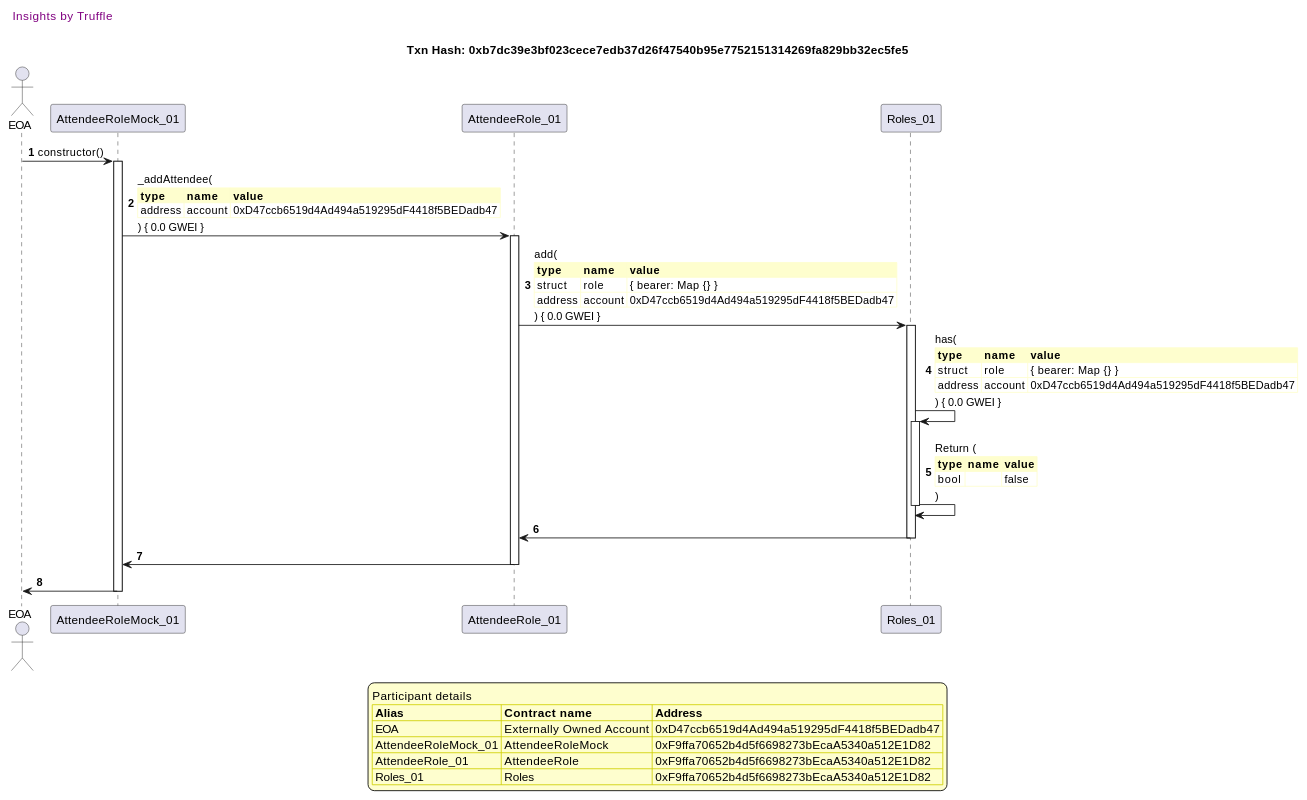
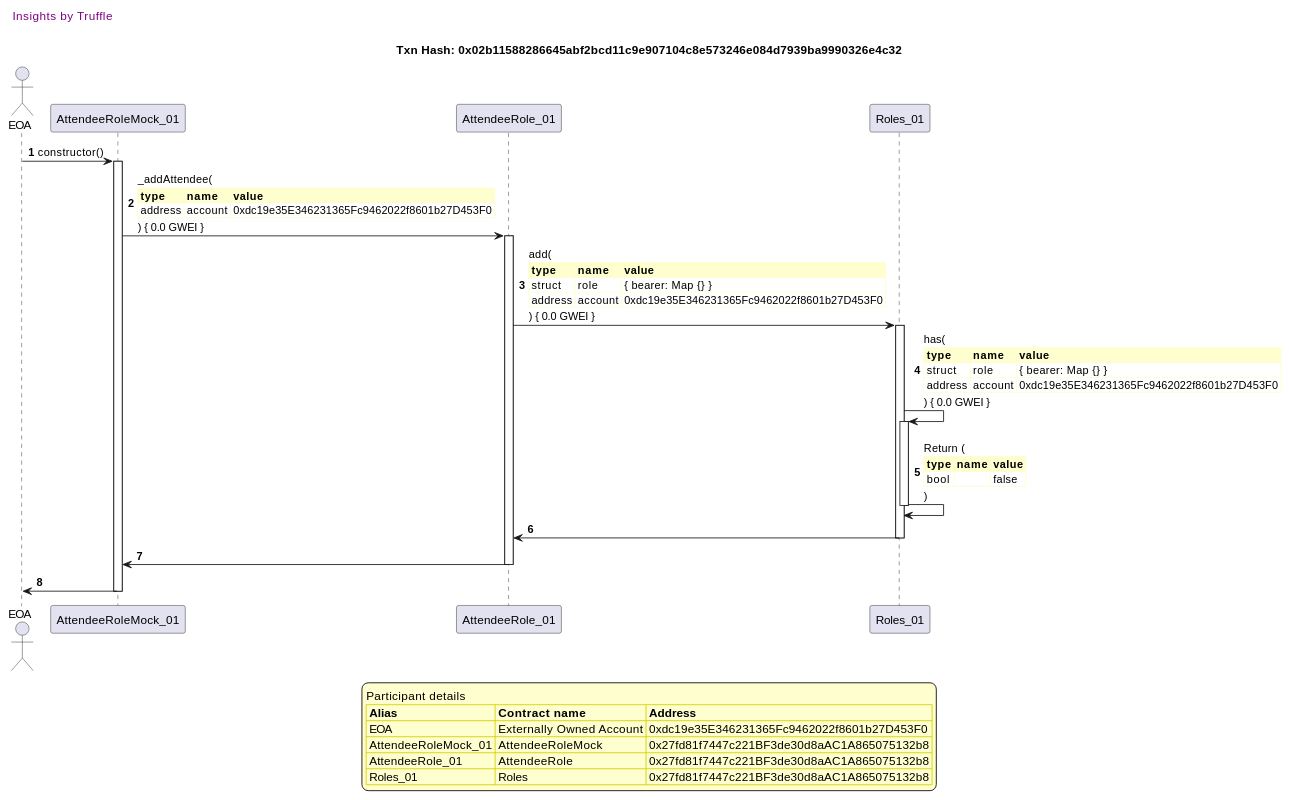
Before and after one commit to fodisi/hackapay: the third of 41 diagrams in truffle-seq/roles_attendeerole.md, drawn with PlantUML. The commit also changed other lines of this file and 10 other files, not shown here.

````diff
--- a/truffle-seq/roles_attendeerole.md
+++ b/truffle-seq/roles_attendeerole.md
@@ -172,61 +172,61 @@
 ```plantuml
 
 
 @startuml
 
 autonumber
 skinparam legendBackgroundColor #FEFECE
 
 <style>
       header {
         HorizontalAlignment left
         FontColor purple
         FontSize 14
         Padding 10
       }
     </style>
 
 header Insights by Truffle
 
-title Txn Hash: 0xb7dc39e3bf023cece7edb37d26f47540b95e7752151314269fa829bb32ec5fe5
+title Txn Hash: 0x02b11588286645abf2bcd11c9e907104c8e573246e084d7939ba9990326e4c32
 
 
 actor EOA as "EOA"
 participant AttendeeRoleMock_01 as "AttendeeRoleMock_01"
 participant AttendeeRole_01 as "AttendeeRole_01"
 participant Roles_01 as "Roles_01"
 
 "EOA" -> "AttendeeRoleMock_01" ++: constructor()
 "AttendeeRoleMock_01" -> "AttendeeRole_01" ++: _addAttendee(\n\
 <#FEFECE,#FEFECE>|= type |= name |= value |\n\
-| address | account | 0xD47ccb6519d4Ad494a519295dF4418f5BEDadb47 |\n\
+| address | account | 0xdc19e35E346231365Fc9462022f8601b27D453F0 |\n\
 ) { 0.0 GWEI }
 "AttendeeRole_01" -> "Roles_01" ++: add(\n\
 <#FEFECE,#FEFECE>|= type |= name |= value |\n\
 | struct | role | { bearer: Map {} } |\n\
-| address | account | 0xD47ccb6519d4Ad494a519295dF4418f5BEDadb47 |\n\
+| address | account | 0xdc19e35E346231365Fc9462022f8601b27D453F0 |\n\
 ) { 0.0 GWEI }
 "Roles_01" -> "Roles_01" ++: has(\n\
 <#FEFECE,#FEFECE>|= type |= name |= value |\n\
 | struct | role | { bearer: Map {} } |\n\
-| address | account | 0xD47ccb6519d4Ad494a519295dF4418f5BEDadb47 |\n\
+| address | account | 0xdc19e35E346231365Fc9462022f8601b27D453F0 |\n\
 ) { 0.0 GWEI }
 "Roles_01" -> "Roles_01" --: Return (\n\
 <#FEFECE,#FEFECE>|= type |= name |= value |\n\
 | bool |  | false |\n\
 )
 "Roles_01" -> "AttendeeRole_01" --: 
 "AttendeeRole_01" -> "AttendeeRoleMock_01" --: 
 "AttendeeRoleMock_01" -> "EOA" --: 
 
 legend
 Participant details
 <#FEFECE,#D0D000>|= Alias |= Contract name |= Address |
-<#FEFECE>| EOA | Externally Owned Account | 0xD47ccb6519d4Ad494a519295dF4418f5BEDadb47 |
-<#FEFECE>| AttendeeRoleMock_01 | AttendeeRoleMock | 0xF9ffa70652b4d5f6698273bEcaA5340a512E1D82 |
-<#FEFECE>| AttendeeRole_01 | AttendeeRole | 0xF9ffa70652b4d5f6698273bEcaA5340a512E1D82 |
-<#FEFECE>| Roles_01 | Roles | 0xF9ffa70652b4d5f6698273bEcaA5340a512E1D82 |
+<#FEFECE>| EOA | Externally Owned Account | 0xdc19e35E346231365Fc9462022f8601b27D453F0 |
+<#FEFECE>| AttendeeRoleMock_01 | AttendeeRoleMock | 0x27fd81f7447c221BF3de30d8aAC1A865075132b8 |
+<#FEFECE>| AttendeeRole_01 | AttendeeRole | 0x27fd81f7447c221BF3de30d8aAC1A865075132b8 |
+<#FEFECE>| Roles_01 | Roles | 0x27fd81f7447c221BF3de30d8aAC1A865075132b8 |
 endlegend
 
 @enduml
 ```
````
